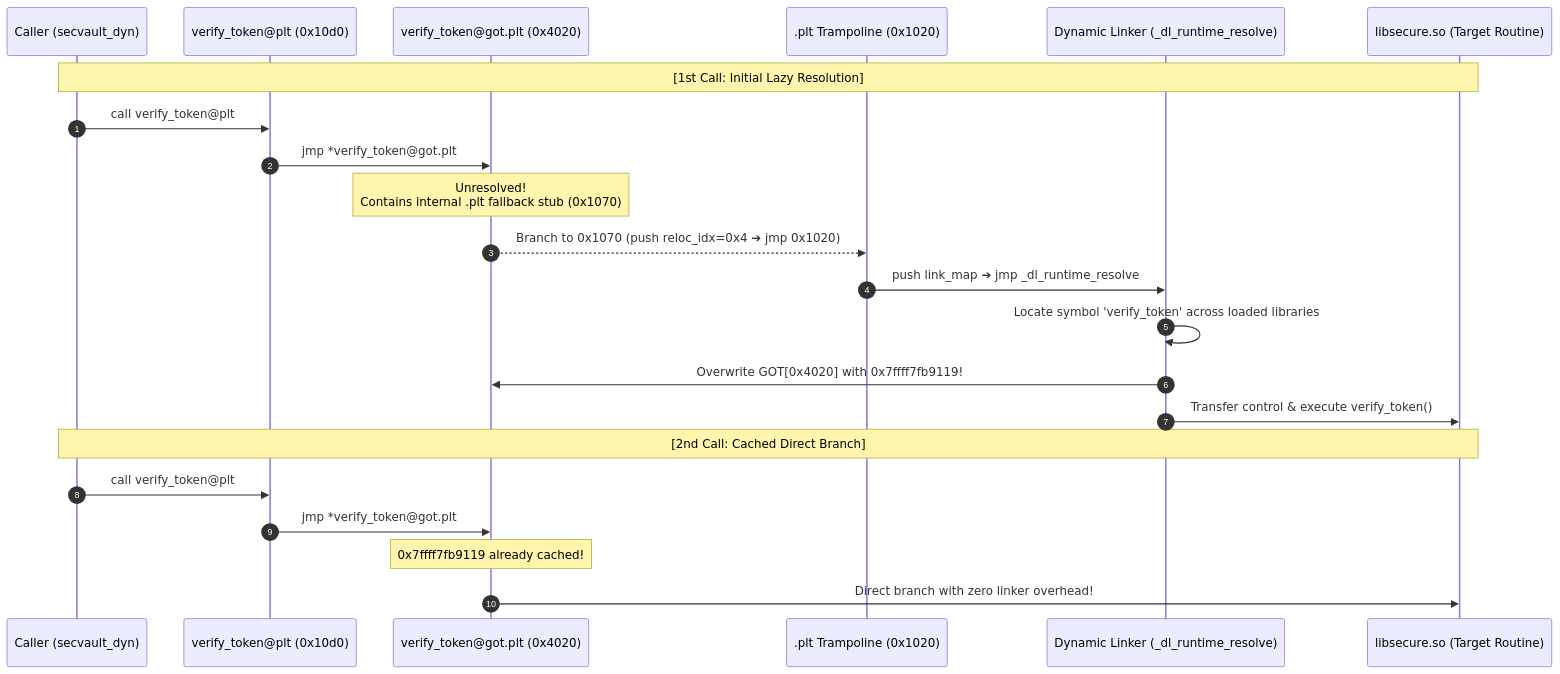
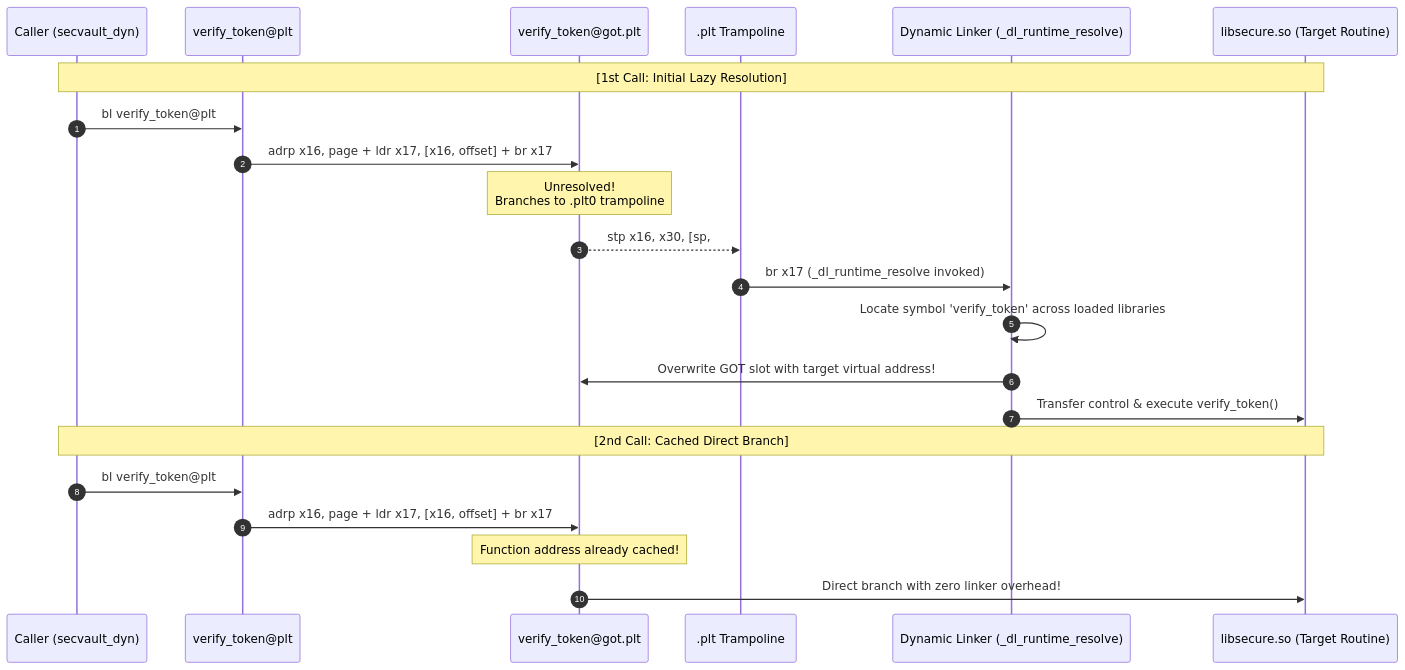
One commit to auking45/linux-kernel-hardening-lab changed the diagram in docs/en/principles/09-dynamic-linking-and-loading.md. Above: the diagram before and after it, drawn with Mermaid. The commit also changed other lines of this file and 23 other files, not shown here.

First line of the commit message:
feat(principles): transition labs 06-09 and docs to AArch64 default dual architecture

````diff
--- a/docs/en/principles/09-dynamic-linking-and-loading.md
+++ b/docs/en/principles/09-dynamic-linking-and-loading.md
@@ -55,26 +55,26 @@
 ```mermaid
 sequenceDiagram
     autonumber
     participant App as Caller (secvault_dyn)
-    participant PLT_SEC as verify_token@plt (0x10d0)
-    participant GOT as verify_token@got.plt (0x4020)
-    participant PLT_0 as .plt Trampoline (0x1020)
+    participant PLT_SEC as verify_token@plt
+    participant GOT as verify_token@got.plt
+    participant PLT_0 as .plt Trampoline
     participant Linker as Dynamic Linker (_dl_runtime_resolve)
     participant Lib as libsecure.so (Target Routine)
 
     Note over App,Lib: [1st Call: Initial Lazy Resolution]
-    App->>PLT_SEC: call verify_token@plt
-    PLT_SEC->>GOT: jmp *verify_token@got.plt
-    Note over GOT: Unresolved!<br/>Contains internal .plt fallback stub (0x1070)
-    GOT-->>PLT_0: Branch to 0x1070 (push reloc_idx=0x4 ➔ jmp 0x1020)
-    PLT_0->>Linker: push link_map ➔ jmp _dl_runtime_resolve
+    App->>PLT_SEC: bl verify_token@plt
+    PLT_SEC->>GOT: adrp x16, page + ldr x17, [x16, offset] + br x17
+    Note over GOT: Unresolved!<br/>Branches to .plt0 trampoline
+    GOT-->>PLT_0: stp x16, x30, [sp, #-16]! (Save GOT slot & LR)
+    PLT_0->>Linker: br x17 (_dl_runtime_resolve invoked)
     Linker->>Linker: Locate symbol 'verify_token' across loaded libraries
-    Linker->>GOT: Overwrite GOT[0x4020] with 0x7ffff7fb9119!
+    Linker->>GOT: Overwrite GOT slot with target virtual address!
     Linker->>Lib: Transfer control & execute verify_token()
 
     Note over App,Lib: [2nd Call: Cached Direct Branch]
-    App->>PLT_SEC: call verify_token@plt
-    PLT_SEC->>GOT: jmp *verify_token@got.plt
-    Note over GOT: 0x7ffff7fb9119 already cached!
+    App->>PLT_SEC: bl verify_token@plt
+    PLT_SEC->>GOT: adrp x16, page + ldr x17, [x16, offset] + br x17
+    Note over GOT: Function address already cached!
     GOT->>Lib: Direct branch with zero linker overhead!
 ```
````
